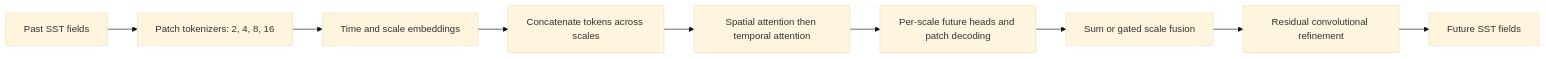
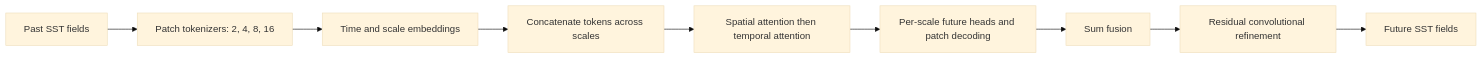
Before and after one commit to seongwo/multiscale-sst-forecasting: the diagram in docs/method.md, drawn with Mermaid (base theme). The commit also changed other lines of this file and 106 other files, not shown here.

````diff
--- a/docs/method.md
+++ b/docs/method.md
@@ -5,11 +5,11 @@
 ```mermaid
 flowchart LR
     X[Past SST fields] --> P[Patch tokenizers: 2, 4, 8, 16]
     P --> E[Time and scale embeddings]
     E --> C[Concatenate tokens across scales]
     C --> ST[Spatial attention then temporal attention]
     ST --> H[Per-scale future heads and patch decoding]
-    H --> F[Sum or gated scale fusion]
+    H --> F[Sum fusion]
     F --> R[Residual convolutional refinement]
     R --> Y[Future SST fields]
 ```
````
